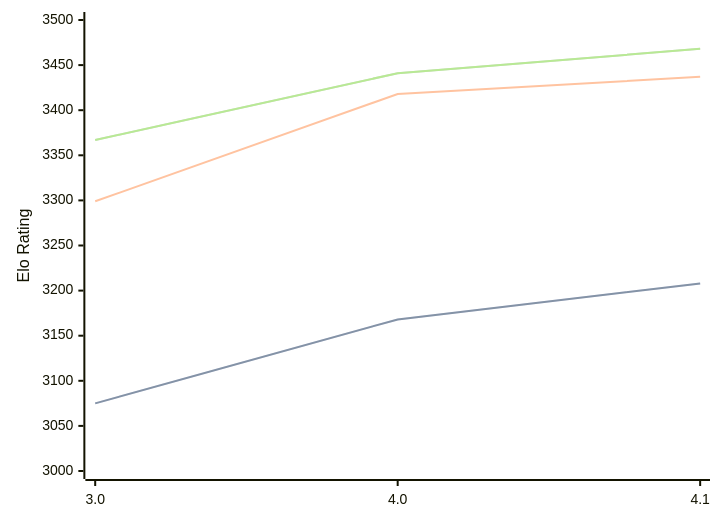
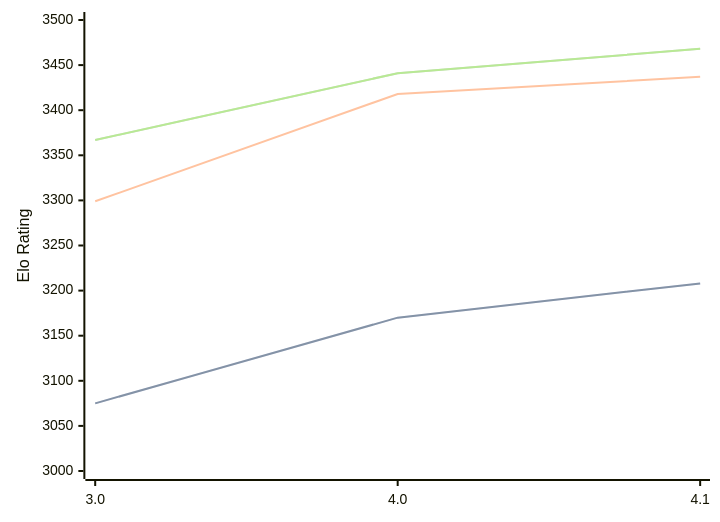
One commit to computer-chess-index/cci changed the diagram in engines/Eleanor.md. Above: the diagram before and after it, drawn with Mermaid. The commit also changed other lines of this file, not shown here.

````diff
--- a/engines/Eleanor.md
+++ b/engines/Eleanor.md
@@ -35,11 +35,11 @@
 ```mermaid
 %%{init: {"theme":"base","themeVariables":{"seriesColors:['#a3a3a3','#222221','#faa371']}}}%%
 xychart-beta
   x-axis ["3.0", "4.0", "4.1"]
   y-axis "Elo Rating" 3000 --> 3500
-  line "STC (8.0+0.08s)" [3075, 3168, 3208]
-  line "STC (8.0+0.08s)" [3075, 3168, 3208]
+  line "STC (8.0+0.08s)" [3075, 3170, 3208]
+  line "STC (8.0+0.08s)" [3075, 3170, 3208]
   line "LTC (60.0+0.60s)" [3299, 3418, 3437]
   line "VLTC (2m24s+1.12s)" [3367, 3441, 3468]
   line "VLTC (2m24s+1.12s)" [3367, 3441, 3468]
 ```
````
